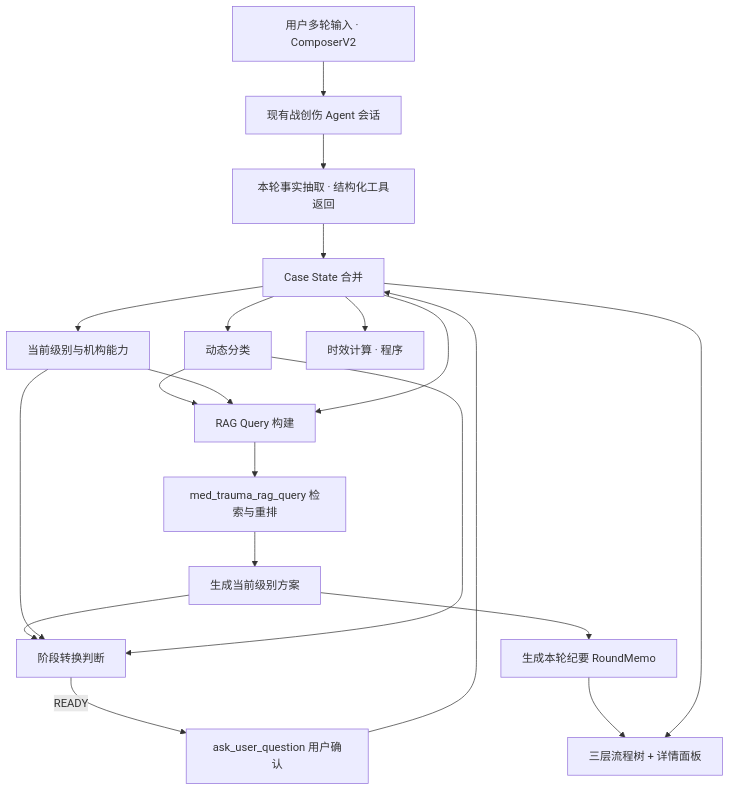
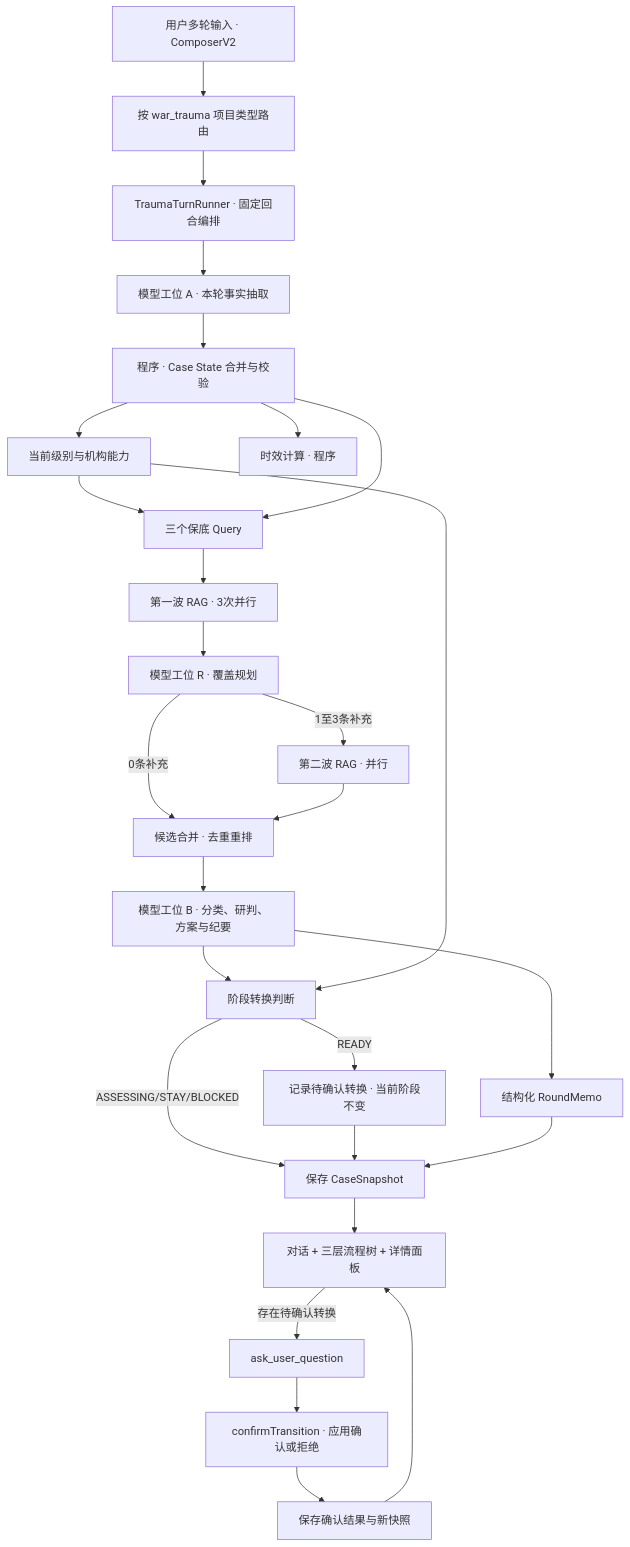
The diagram in docs/战伤分级救治智能推演系统-项目实施说明书.md (williamhyf98/med-pilotdeck), drawn with Mermaid before and after one commit. The commit also changed other lines of this file and 91 other files, not shown here.

Commit message:
feat:build trauma agent

````diff
--- a/docs/战伤分级救治智能推演系统-项目实施说明书.md
+++ b/docs/战伤分级救治智能推演系统-项目实施说明书.md
@@ -325,22 +332,29 @@
 ```mermaid
 flowchart TD
-    U[用户多轮输入 · ComposerV2] --> AG[现有战创伤 Agent 会话]
-    AG --> EX[本轮事实抽取 · 结构化工具返回]
-    EX --> S[Case State 合并]
-    S --> C[动态分类]
+    U[用户多轮输入 · ComposerV2] --> RT[按 war_trauma 项目类型路由]
+    RT --> RUN[TraumaTurnRunner · 固定回合编排]
+    RUN --> EX[模型工位 A · 本轮事实抽取]
+    EX --> S[程序 · Case State 合并与校验]
     S --> L[当前级别与机构能力]
     S --> T[时效计算 · 程序]
-    C --> Q[RAG Query 构建]
     L --> Q
     S --> Q
-    Q --> R[med_trauma_rag_query 检索与重排]
-    R --> A[生成当前级别方案]
+    Q[三个保底 Query] --> R1[第一波 RAG · 3次并行]
+    R1 --> RP[模型工位 R · 覆盖规划]
+    RP -->|0条补充| MERGE[候选合并 · 去重重排]
+    RP -->|1至3条补充| R2[第二波 RAG · 并行]
+    R2 --> MERGE
+    MERGE --> A[模型工位 B · 分类、研判、方案与纪要]
     A --> G[阶段转换判断]
     L --> G
-    C --> G
-    G -->|READY| ASK[ask_user_question 用户确认]
-    ASK --> S
-    A --> M[生成本轮纪要 RoundMemo]
-    M --> UI[三层流程树 + 详情面板]
-    S --> UI
+    G -->|READY| PEND[记录待确认转换 · 当前阶段不变]
+    G -->|ASSESSING/STAY/BLOCKED| SAVE[保存 CaseSnapshot]
+    PEND --> SAVE
+    A --> M[结构化 RoundMemo]
+    M --> SAVE
+    SAVE --> UI[对话 + 三层流程树 + 详情面板]
+    UI -->|存在待确认转换| ASK[ask_user_question]
+    ASK --> CONF[confirmTransition · 应用确认或拒绝]
+    CONF --> SAVE2[保存确认结果与新快照]
+    SAVE2 --> UI
 ```
````
